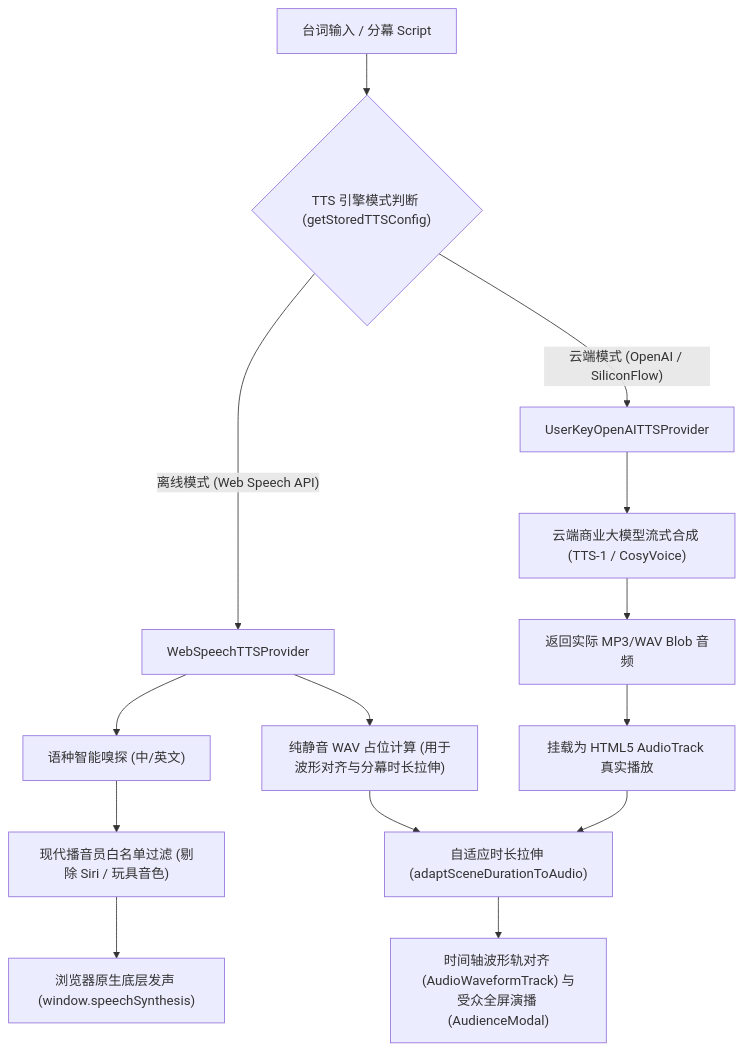
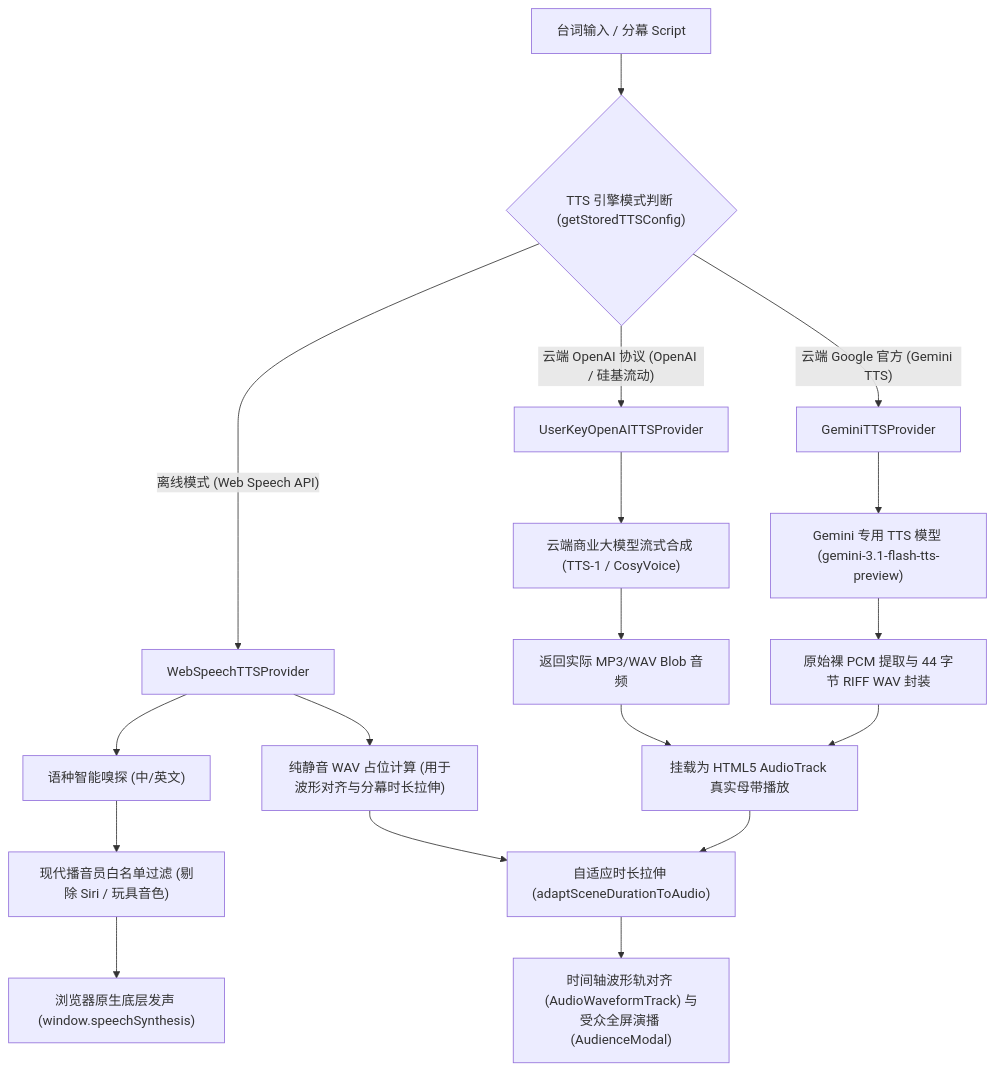
One commit to tumio-ltd/focusflow changed the first of 2 diagrams in docs/TTS_ARCHITECTURE_AND_TROUBLESHOOTING.md. Above: the diagram before and after it, drawn with Mermaid. The commit also changed other lines of this file and 61 other files, not shown here.

````diff
--- a/docs/TTS_ARCHITECTURE_AND_TROUBLESHOOTING.md
+++ b/docs/TTS_ARCHITECTURE_AND_TROUBLESHOOTING.md
@@ -35,19 +43,24 @@
 ```mermaid
 flowchart TD
     A["台词输入 / 分幕 Script"] --> B{"TTS 引擎模式判断 (getStoredTTSConfig)"}
     
     B -->|"离线模式 (Web Speech API)"| C["WebSpeechTTSProvider"]
-    B -->|"云端模式 (OpenAI / SiliconFlow)"| D["UserKeyOpenAITTSProvider"]
+    B -->|"云端 OpenAI 协议 (OpenAI / 硅基流动)"| D["UserKeyOpenAITTSProvider"]
+    B -->|"云端 Google 官方 (Gemini TTS)"| G["GeminiTTSProvider"]
     
     C --> C1["语种智能嗅探 (中/英文)"]
     C1 --> C2["现代播音员白名单过滤 (剔除 Siri / 玩具音色)"]
     C2 --> C3["浏览器原生底层发声 (window.speechSynthesis)"]
     C --> C4["纯静音 WAV 占位计算 (用于波形对齐与分幕时长拉伸)"]
     
     D --> D1["云端商业大模型流式合成 (TTS-1 / CosyVoice)"]
     D1 --> D2["返回实际 MP3/WAV Blob 音频"]
-    D2 --> D3["挂载为 HTML5 AudioTrack 真实播放"]
     
-    C4 & D3 --> E["自适应时长拉伸 (adaptSceneDurationToAudio)"]
+    G --> G1["Gemini 专用 TTS 模型 (gemini-3.1-flash-tts-preview)"]
+    G1 --> G2["原始裸 PCM 提取与 44 字节 RIFF WAV 封装"]
+    
+    D2 & G2 --> H["挂载为 HTML5 AudioTrack 真实母带播放"]
+    
+    C4 & H --> E["自适应时长拉伸 (adaptSceneDurationToAudio)"]
     E --> F["时间轴波形轨对齐 (AudioWaveformTrack) 与受众全屏演播 (AudienceModal)"]
 ```
````
